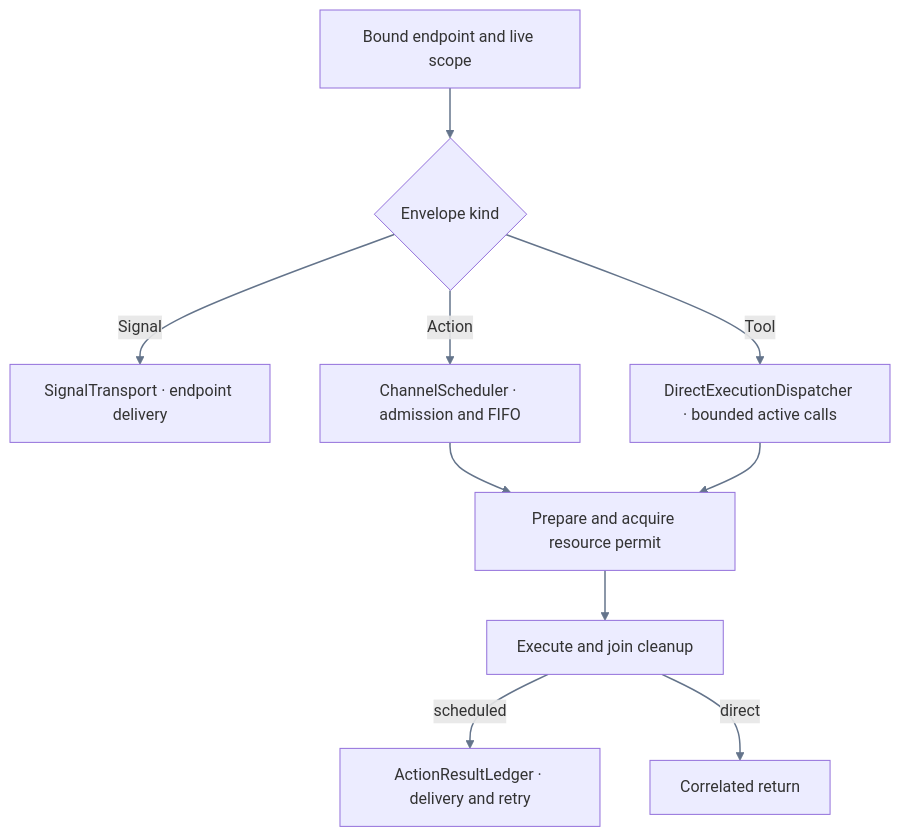
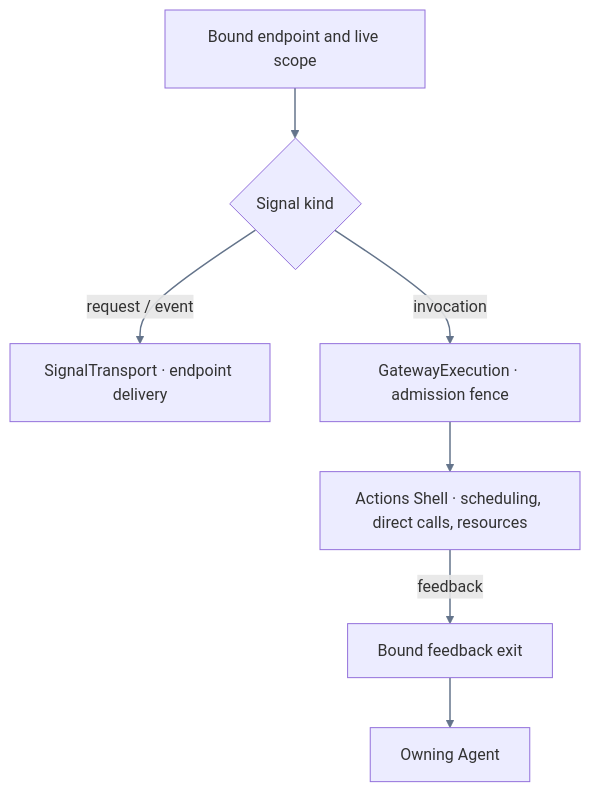
Before and after one commit to devilyouwei/MobileHarness: the second of 2 diagrams in MobileHarness/Gateway/README.md, drawn with Mermaid. The commit also changed other lines of this file and 246 other files, not shown here.

First line of the commit message:
feat: redesign external Signal listeners and route memory warnings through PlatformKit

````diff
--- a/MobileHarness/Gateway/README.md
+++ b/MobileHarness/Gateway/README.md
@@ -38,13 +39,10 @@
 ```mermaid
 flowchart TB
-    Envelope["Bound endpoint and live scope"] --> Route{"Envelope kind"}
-    Route -->|Signal| T["SignalTransport · endpoint delivery"]
-    Route -->|Action| Q["ChannelScheduler · admission and FIFO"]
-    Route -->|Tool| D["DirectExecutionDispatcher · bounded active calls"]
-    Q --> Prepare["Prepare and acquire resource permit"]
-    D --> Prepare
-    Prepare --> Execute["Execute and join cleanup"]
-    Execute -->|scheduled| Outbox["ActionResultLedger · delivery and retry"]
-    Execute -->|direct| Return["Correlated return"]
+    Envelope["Bound endpoint and live scope"] --> Route{"Signal kind"}
+    Route -->|request / event| T["SignalTransport · endpoint delivery"]
+    Route -->|invocation| E["GatewayExecution · admission fence"]
+    E --> Shell["Actions Shell · scheduling, direct calls, resources"]
+    Shell -->|feedback| F["Bound feedback exit"]
+    F --> Agent["Owning Agent"]
     linkStyle default stroke:#64748b,stroke-width:1.5px
 ```
````
